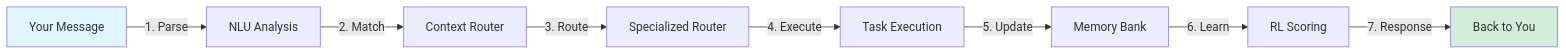
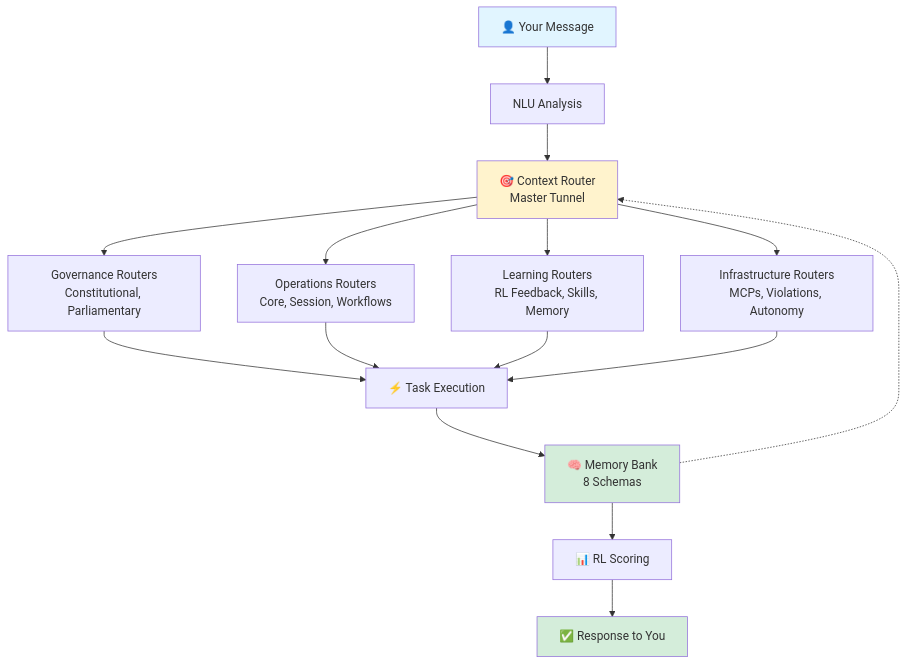
Before and after one commit to Gaurav-Wankhede/AegisIDE: the diagram in README.md, drawn with Mermaid.

Commit message:
Update README.md with comprehensive architecture diagram
- Replaced simple LR flowchart with TB graph diagram
- Shows 4 grouped router categories (Governance, Operations, Learning, Infrastructure)
- Visual enhancements with emojis and color-coded nodes
- Demonstrates actual routing through specialized router groups
- Maintains minimalistic yet comprehensive visualization

````diff
--- a/README.md
+++ b/README.md
@@ -36,13 +36,26 @@
 ```mermaid
-graph LR
-    A[Your Message] -->|1. Parse| B[NLU Analysis]
-    B -->|2. Match| C[Context Router]
-    C -->|3. Route| D[Specialized Router]
-    D -->|4. Execute| E[Task Execution]
-    E -->|5. Update| F[Memory Bank]
-    F -->|6. Learn| G[RL Scoring]
-    G -->|7. Response| H[Back to You]
+graph TB
+    U[👤 Your Message] --> NLU[NLU Analysis]
+    NLU --> CR[🎯 Context Router<br/>Master Tunnel]
     
-    style A fill:#e1f5ff
-    style H fill:#d4edda
+    CR --> GOV[Governance Routers<br/>Constitutional, Parliamentary]
+    CR --> OPS[Operations Routers<br/>Core, Session, Workflows]
+    CR --> LEARN[Learning Routers<br/>RL Feedback, Skills, Memory]
+    CR --> INFRA[Infrastructure Routers<br/>MCPs, Violations, Autonomy]
+    
+    GOV --> EXEC[⚡ Task Execution]
+    OPS --> EXEC
+    LEARN --> EXEC
+    INFRA --> EXEC
+    
+    EXEC --> MB[🧠 Memory Bank<br/>8 Schemas]
+    MB --> RL[📊 RL Scoring]
+    RL --> RESP[✅ Response to You]
+    
+    MB -.-> CR
+    
+    style U fill:#e1f5ff
+    style CR fill:#fff3cd
+    style MB fill:#d4edda
+    style RESP fill:#d4edda
 ```
````
